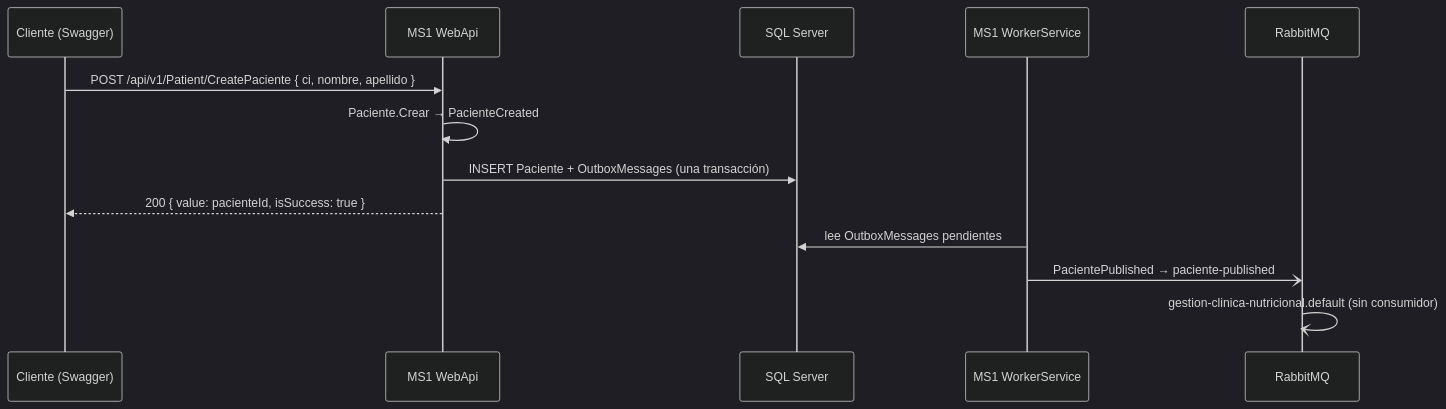
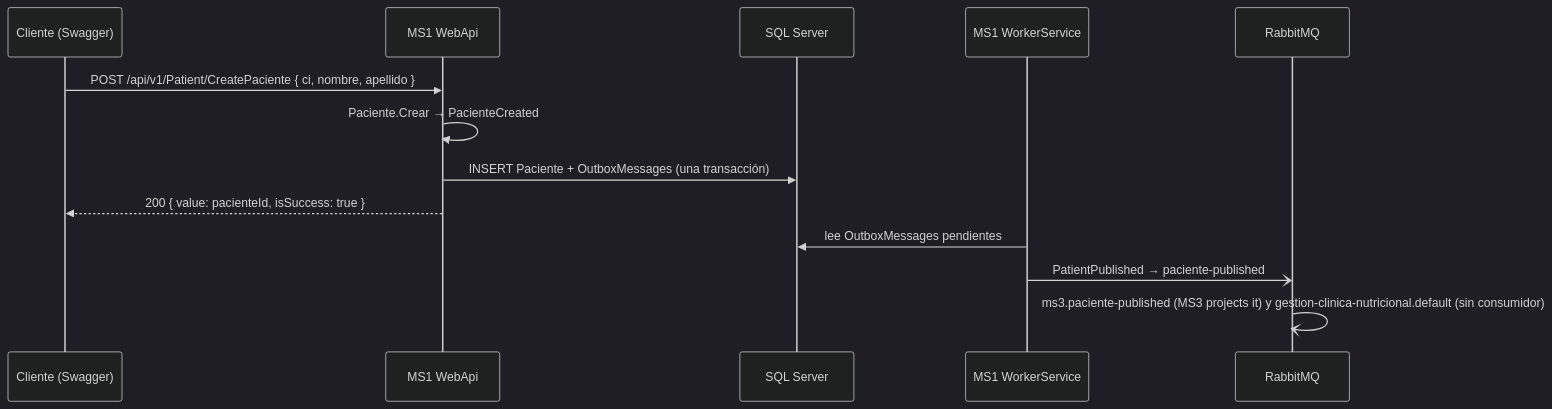
Before and after one commit to Nur-tricenter/knowledge: the first of 2 diagrams in services/ms1-clinic/flows.md, drawn with Mermaid (dark theme). The commit also changed other lines of this file and 43 other files, not shown here.

````diff
--- a/services/ms1-clinic/flows.md
+++ b/services/ms1-clinic/flows.md
@@ -18,15 +18,15 @@
 ```mermaid
 sequenceDiagram
   participant FE as Cliente (Swagger)
   participant API as MS1 WebApi
   participant DB as SQL Server
   participant W as MS1 WorkerService
   participant MQ as RabbitMQ
   FE->>API: POST /api/v1/Patient/CreatePaciente { ci, nombre, apellido }
   API->>API: Paciente.Crear → PacienteCreated
   API->>DB: INSERT Paciente + OutboxMessages (una transacción)
   API-->>FE: 200 { value: pacienteId, isSuccess: true }
   W->>DB: lee OutboxMessages pendientes
-  W-)MQ: PacientePublished → paciente-published
-  MQ-)MQ: gestion-clinica-nutricional.default (sin consumidor)
+  W-)MQ: PatientPublished → paciente-published
+  MQ-)MQ: ms3.paciente-published (MS3 projects it) y gestion-clinica-nutricional.default (sin consumidor)
 ```
````
